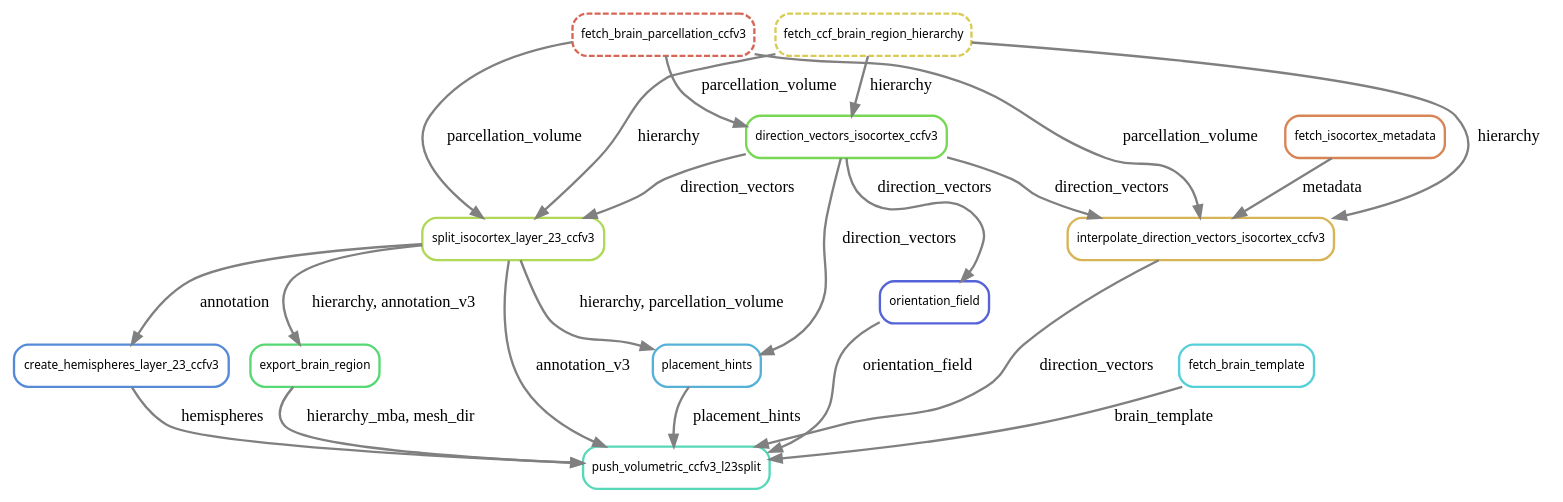
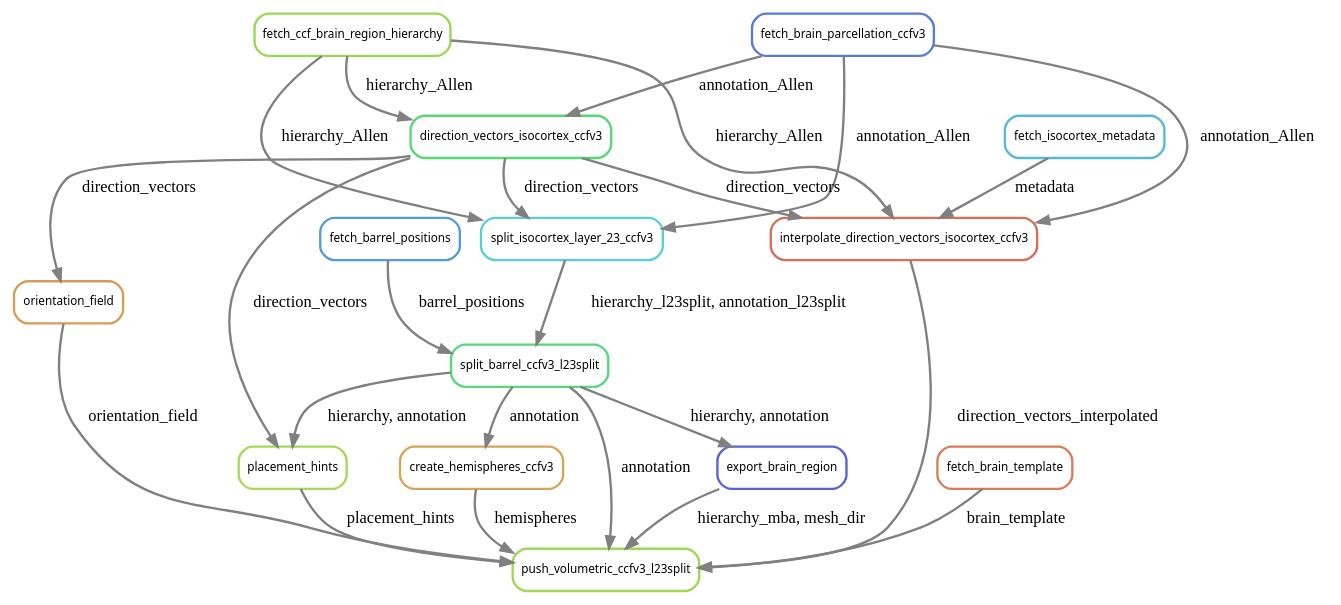
One commit to BlueBrain/bbp-atlas-pipeline changed the diagram in doc/source/figures/dag_pushvol.gv. Above: the diagram before and after it, drawn with Graphviz. The commit also changed 7 other files, not shown here.

```diff
--- a/doc/source/figures/dag_pushvol.gv
+++ b/doc/source/figures/dag_pushvol.gv
@@ -1,38 +1,42 @@
 digraph snakemake_dag {
     graph[bgcolor=white, margin=0];
     node[shape=box, style=rounded, fontname=sans,                 fontsize=10, penwidth=2];
     edge[penwidth=2, color=grey];
-	0[label = "push_volumetric_ccfv3_l23split", color = "0.46 0.6 0.85", style="rounded"];
-	1[label = "export_brain_region", color = "0.37 0.6 0.85", style="rounded"];
-	2[label = "split_isocortex_layer_23_ccfv3", color = "0.22 0.6 0.85", style="rounded"];
-	3[label = "fetch_ccf_brain_region_hierarchy", color = "0.15 0.6 0.85", style="rounded,dashed"];
-	4[label = "fetch_brain_parcellation_ccfv3", color = "0.02 0.6 0.85", style="rounded,dashed"];
-	5[label = "direction_vectors_isocortex_ccfv3", color = "0.29 0.6 0.85", style="rounded"];
-	6[label = "fetch_brain_template", color = "0.51 0.6 0.85", style="rounded"];
-	7[label = "create_hemispheres_layer_23_ccfv3", color = "0.60 0.6 0.85", style="rounded"];
-	8[label = "placement_hints", color = "0.55 0.6 0.85", style="rounded"];
-	9[label = "interpolate_direction_vectors_isocortex_ccfv3", color = "0.12 0.6 0.85", style="rounded"];
-	10[label = "fetch_isocortex_metadata", color = "0.06 0.6 0.85", style="rounded"];
-	11[label = "orientation_field", color = "0.65 0.6 0.85", style="rounded"];
+	0[label = "push_volumetric_ccfv3_l23split", color = "0.24 0.6 0.85", style="rounded"];
+	1[label = "export_brain_region", color = "0.65 0.6 0.85", style="rounded"];
+	2[label = "split_barrel_ccfv3_l23split", color = "0.38 0.6 0.85", style="rounded"];
+	3[label = "split_isocortex_layer_23_ccfv3", color = "0.51 0.6 0.85", style="rounded"];
+	4[label = "fetch_ccf_brain_region_hierarchy", color = "0.25 0.6 0.85", style="rounded"];
+	5[label = "fetch_brain_parcellation_ccfv3", color = "0.62 0.6 0.85", style="rounded"];
+	6[label = "direction_vectors_isocortex_ccfv3", color = "0.37 0.6 0.85", style="rounded"];
+	7[label = "fetch_barrel_positions", color = "0.58 0.6 0.85", style="rounded"];
+	8[label = "fetch_brain_template", color = "0.05 0.6 0.85", style="rounded"];
+	9[label = "create_hemispheres_ccfv3", color = "0.10 0.6 0.85", style="rounded"];
+	10[label = "placement_hints", color = "0.23 0.6 0.85", style="rounded"];
+	11[label = "interpolate_direction_vectors_isocortex_ccfv3", color = "0.03 0.6 0.85", style="rounded"];
+	12[label = "fetch_isocortex_metadata", color = "0.54 0.6 0.85", style="rounded"];
+	13[label = "orientation_field", color = "0.09 0.6 0.85", style="rounded"];
 	1 -> 0 [label="hierarchy_mba, mesh_dir"];
-	6 -> 0 [label="brain_template"];
-	2 -> 0 [label="annotation_v3"];
-	7 -> 0 [label="hemispheres"];
-	8 -> 0 [label="placement_hints"];
-	9 -> 0 [label="direction_vectors"];
-	11 -> 0 [label="orientation_field"];
-	2 -> 1 [label="hierarchy, annotation_v3"];
-	3 -> 2 [label="hierarchy"];
-	4 -> 2 [label="parcellation_volume"];
-	5 -> 2 [label="direction_vectors"];
-	4 -> 5 [label="parcellation_volume"];
-	3 -> 5 [label="hierarchy"];
-	2 -> 7 [label="annotation"];
-	2 -> 8 [label="hierarchy, parcellation_volume"];
-	5 -> 8 [label="direction_vectors"];
-	4 -> 9 [label="parcellation_volume"];
-	3 -> 9 [label="hierarchy"];
-	5 -> 9 [label="direction_vectors"];
-	10 -> 9 [label="metadata"];
-	5 -> 11 [label="direction_vectors"];
+	8 -> 0 [label="brain_template"];
+	2 -> 0 [label="annotation"];
+	9 -> 0 [label="hemispheres"];
+	10 -> 0 [label="placement_hints"];
+	11 -> 0 [label="direction_vectors_interpolated"];
+	13 -> 0 [label="orientation_field"];
+	2 -> 1 [label="hierarchy, annotation"];
+	3 -> 2 [label="hierarchy_l23split, annotation_l23split"];
+	7 -> 2 [label="barrel_positions"];
+	4 -> 3 [label="hierarchy_Allen"];
+	5 -> 3 [label="annotation_Allen"];
+	6 -> 3 [label="direction_vectors"];
+	5 -> 6 [label="annotation_Allen"];
+	4 -> 6 [label="hierarchy_Allen"];
+	2 -> 9 [label="annotation"];
+	2 -> 10 [label="hierarchy, annotation"];
+	6 -> 10 [label="direction_vectors"];
+	5 -> 11 [label="annotation_Allen"];
+	4 -> 11 [label="hierarchy_Allen"];
+	6 -> 11 [label="direction_vectors"];
+	12 -> 11 [label="metadata"];
+	6 -> 13 [label="direction_vectors"];
 }            
```
